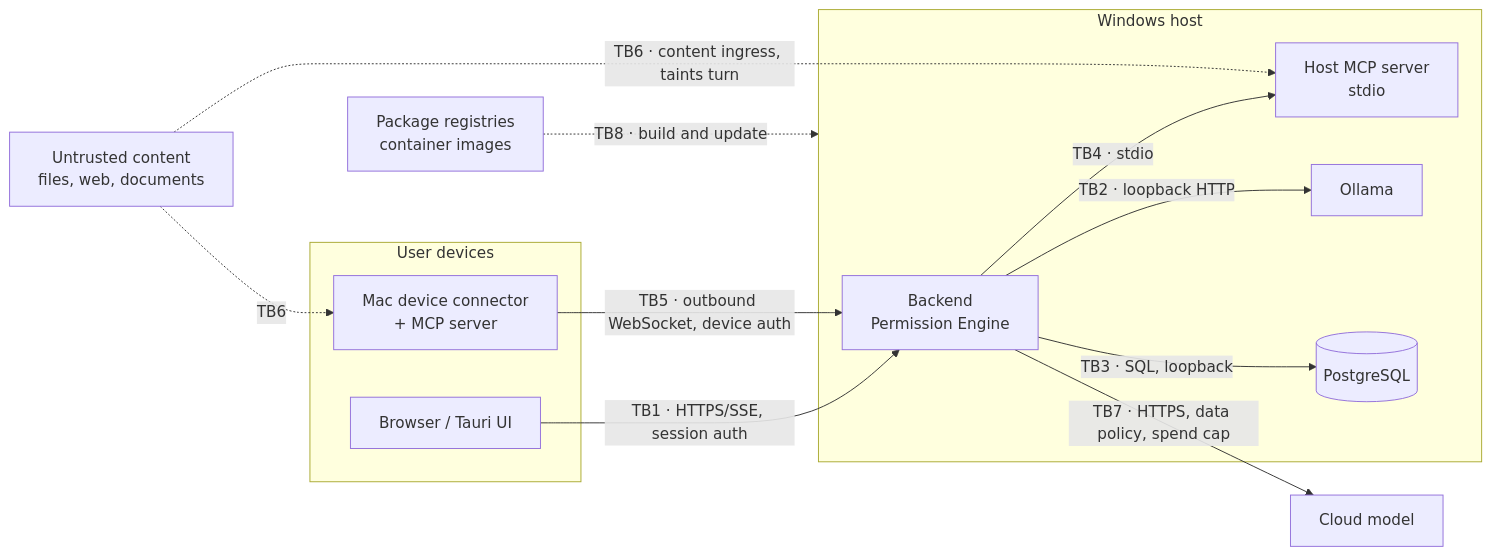
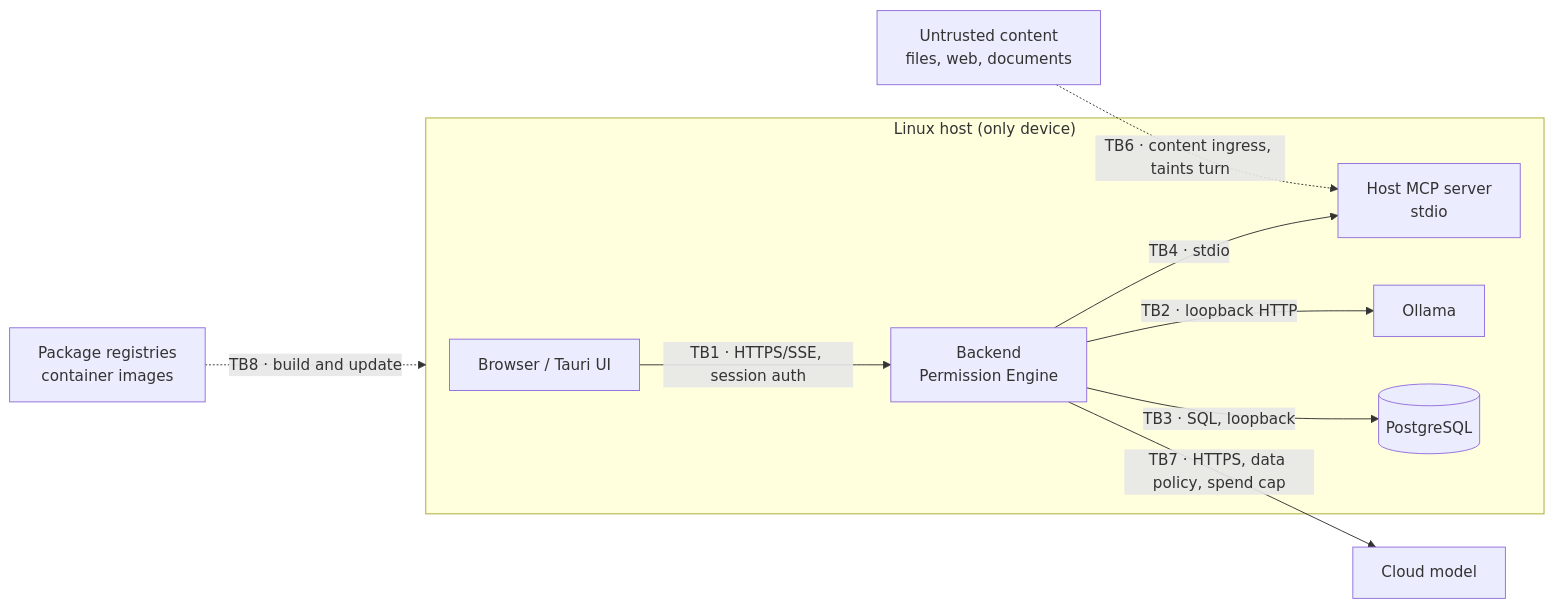
Before and after one commit to eerenyilmazz/mell-assistant: the diagram in docs/security/threat-model.md, drawn with Mermaid. The commit also changed other lines of this file and 12 other files, not shown here.

First line of the commit message:
docs(plan): move Mell to a single Linux host (v0.7)

````diff
--- a/docs/security/threat-model.md
+++ b/docs/security/threat-model.md
@@ -37,28 +37,22 @@
 ```mermaid
 flowchart LR
-    subgraph USERZONE["User devices"]
+    subgraph HOST["Linux host (only device)"]
         BR["Browser / Tauri UI"]
-        CONN["Mac device connector<br/>+ MCP server"]
-    end
-
-    subgraph HOST["Windows host"]
         BE["Backend<br/>Permission Engine"]
         MCPW["Host MCP server<br/>stdio"]
         OLL["Ollama"]
         DB[("PostgreSQL")]
     end
 
     EXT["Untrusted content<br/>files, web, documents"]
     CLOUD["Cloud model"]
     REG["Package registries<br/>container images"]
 
     BR -->|"TB1 · HTTPS/SSE, session auth"| BE
     BE -->|"TB2 · loopback HTTP"| OLL
     BE -->|"TB3 · SQL, loopback"| DB
     BE -->|"TB4 · stdio"| MCPW
-    CONN -->|"TB5 · outbound WebSocket, device auth"| BE
     EXT -.->|"TB6 · content ingress, taints turn"| MCPW
-    EXT -.->|"TB6"| CONN
     BE -->|"TB7 · HTTPS, data policy, spend cap"| CLOUD
     REG -.->|"TB8 · build and update"| HOST
 ```
````
